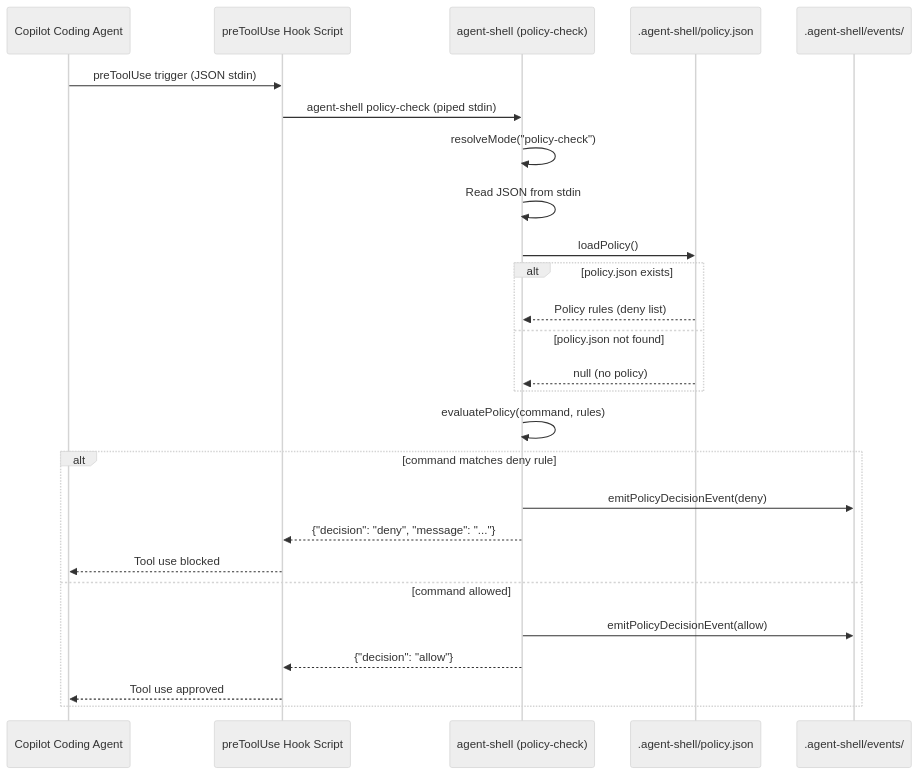
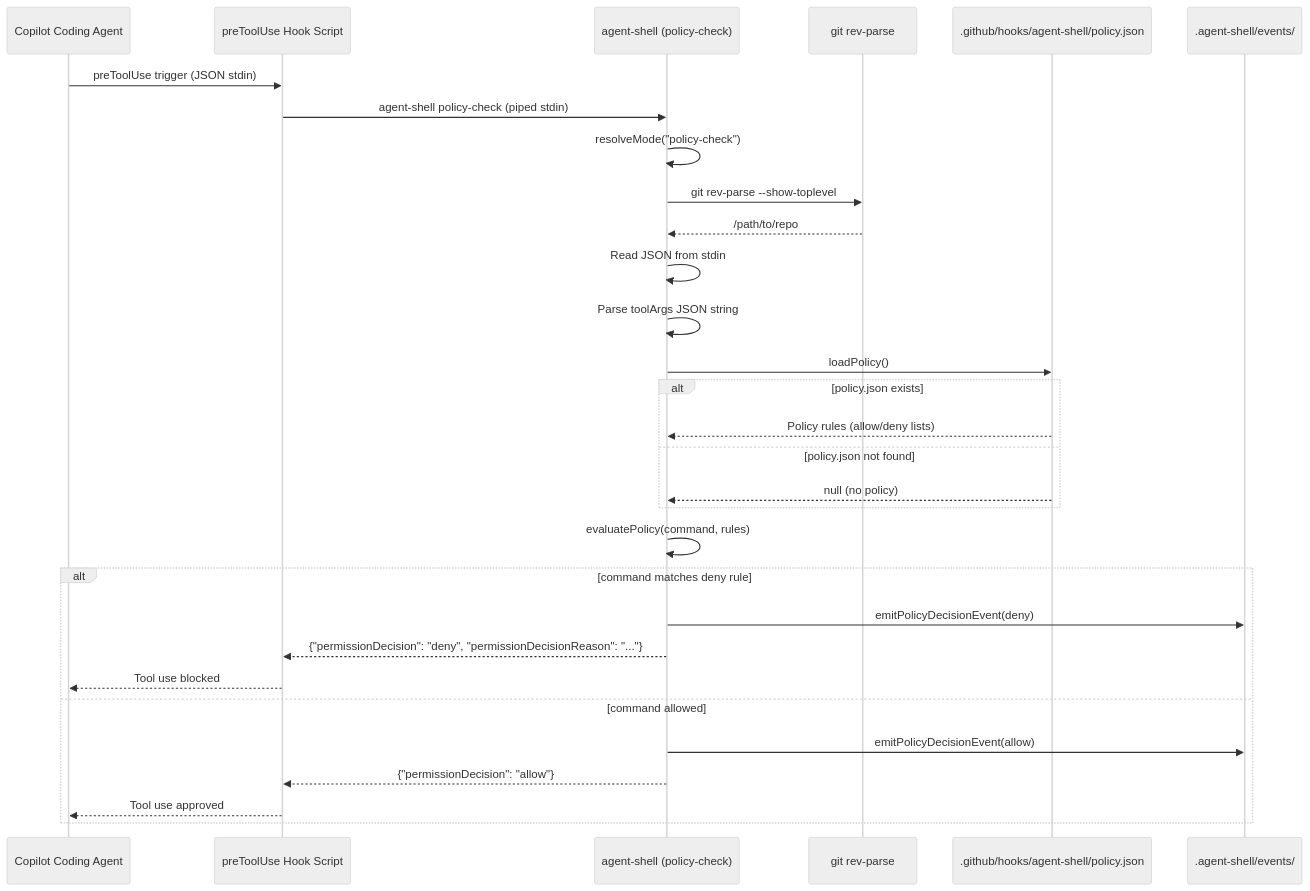
One commit to zpratt/lousy-agents changed the second of 2 diagrams in .github/specs/agent-shell-pre-tool-use-hook.spec.md. Above: the diagram before and after it, drawn with Mermaid (neutral theme). The commit also changed other lines of this file, not shown here.

First line of the commit message:
docs: update preToolUse hook spec based on official documentation and user feedback

````diff
--- a/.github/specs/agent-shell-pre-tool-use-hook.spec.md
+++ b/.github/specs/agent-shell-pre-tool-use-hook.spec.md
@@ -213,32 +243,36 @@
 ```mermaid
 sequenceDiagram
     participant Agent as Copilot Coding Agent
     participant Hook as preToolUse Hook Script
     participant AS as agent-shell (policy-check)
-    participant Policy as .agent-shell/policy.json
+    participant Git as git rev-parse
+    participant Policy as .github/hooks/agent-shell/policy.json
     participant Events as .agent-shell/events/
 
     Agent->>Hook: preToolUse trigger (JSON stdin)
     Hook->>AS: agent-shell policy-check (piped stdin)
     AS->>AS: resolveMode("policy-check")
+    AS->>Git: git rev-parse --show-toplevel
+    Git-->>AS: /path/to/repo
     AS->>AS: Read JSON from stdin
+    AS->>AS: Parse toolArgs JSON string
     AS->>Policy: loadPolicy()
 
     alt policy.json exists
-        Policy-->>AS: Policy rules (deny list)
+        Policy-->>AS: Policy rules (allow/deny lists)
     else policy.json not found
         Policy-->>AS: null (no policy)
     end
 
     AS->>AS: evaluatePolicy(command, rules)
 
     alt command matches deny rule
         AS->>Events: emitPolicyDecisionEvent(deny)
-        AS-->>Hook: {"decision": "deny", "message": "..."}
+        AS-->>Hook: {"permissionDecision": "deny", "permissionDecisionReason": "..."}
         Hook-->>Agent: Tool use blocked
     else command allowed
         AS->>Events: emitPolicyDecisionEvent(allow)
-        AS-->>Hook: {"decision": "allow"}
+        AS-->>Hook: {"permissionDecision": "allow"}
         Hook-->>Agent: Tool use approved
     end
 ```
````
